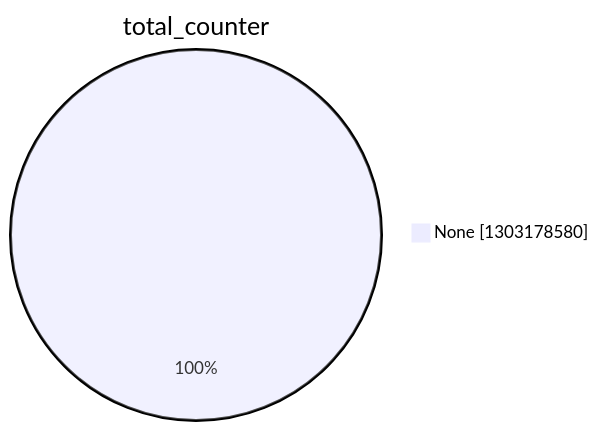
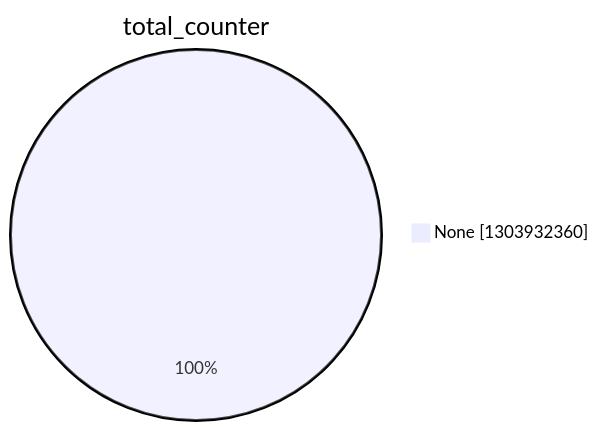
One commit to christiankrug/ctmonitor_visualization changed the second of 15 diagrams in argon2022/README.md. Above: the diagram before and after it, drawn with Mermaid. The commit also changed other lines of this file, not shown here.

````diff
--- a/argon2022/README.md
+++ b/argon2022/README.md
@@ -9,5 +9,5 @@
 ```mermaid
 pie showData
 title total_counter
-"None" :1303178580
+"None" :1303932360
 ```
````
